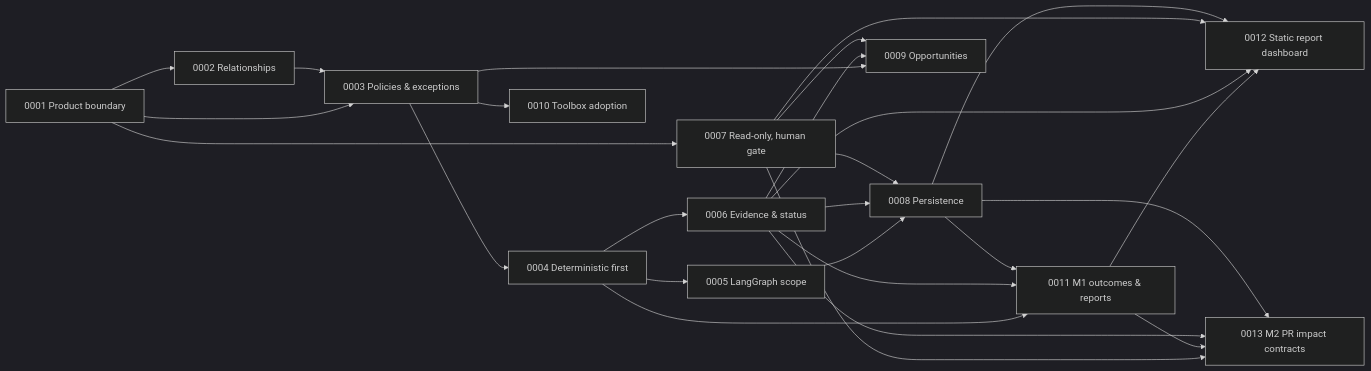
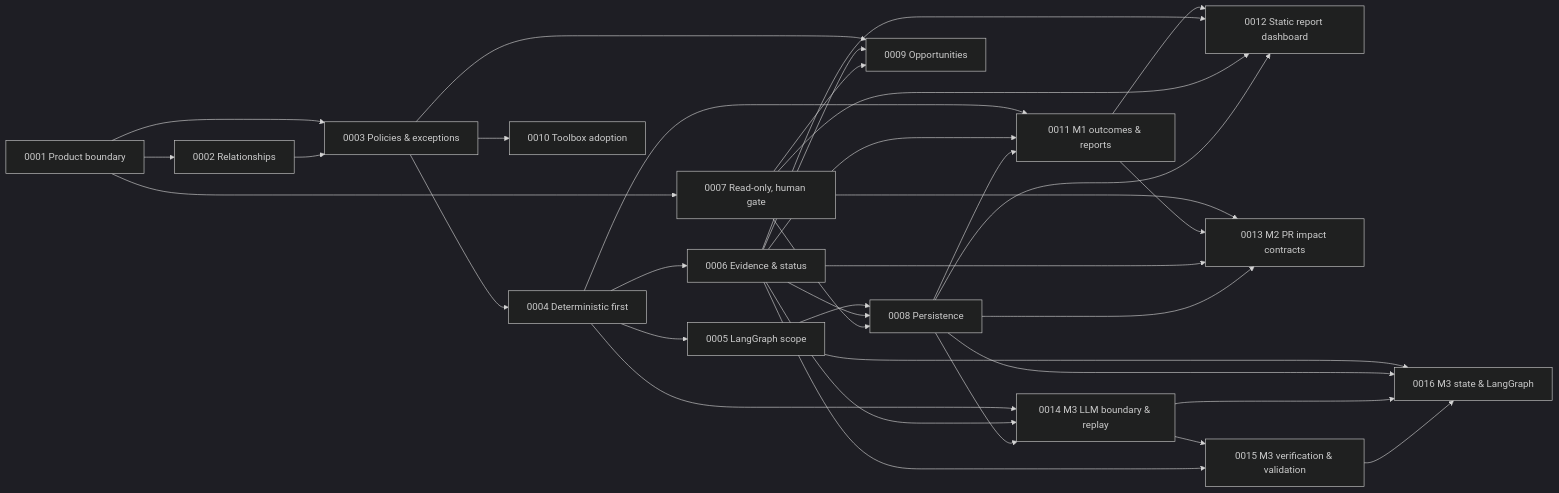
One commit to koydas/repo-orchestrator changed the diagram in docs/adr/README.md. Above: the diagram before and after it, drawn with Mermaid (dark theme). The commit also changed other lines of this file and 7 other files, not shown here.

````diff
--- a/docs/adr/README.md
+++ b/docs/adr/README.md
@@ -27,28 +30,37 @@
 ```mermaid
 flowchart LR
     A1["0001 Product boundary"] --> A2["0002 Relationships"]
     A1 --> A3["0003 Policies & exceptions"]
     A2 --> A3
     A3 --> A4["0004 Deterministic first"]
     A4 --> A5["0005 LangGraph scope"]
     A4 --> A6["0006 Evidence & status"]
     A1 --> A7["0007 Read-only, human gate"]
     A5 --> A8["0008 Persistence"]
     A6 --> A8
     A7 --> A8
     A3 --> A9["0009 Opportunities"]
     A6 --> A9
     A7 --> A9
     A3 --> A10["0010 Toolbox adoption"]
     A4 --> A11["0011 M1 outcomes & reports"]
     A6 --> A11
     A8 --> A11
     A11 --> A12["0012 Static report dashboard"]
     A6 --> A12
     A7 --> A12
     A8 --> A12
     A7 --> A13["0013 M2 PR impact contracts"]
     A11 --> A13
     A6 --> A13
     A8 --> A13
+    A4 --> A14["0014 M3 LLM boundary & replay"]
+    A6 --> A14
+    A8 --> A14
+    A14 --> A15["0015 M3 verification & validation"]
+    A6 --> A15
+    A5 --> A16["0016 M3 state & LangGraph"]
+    A8 --> A16
+    A14 --> A16
+    A15 --> A16
 ```
````
